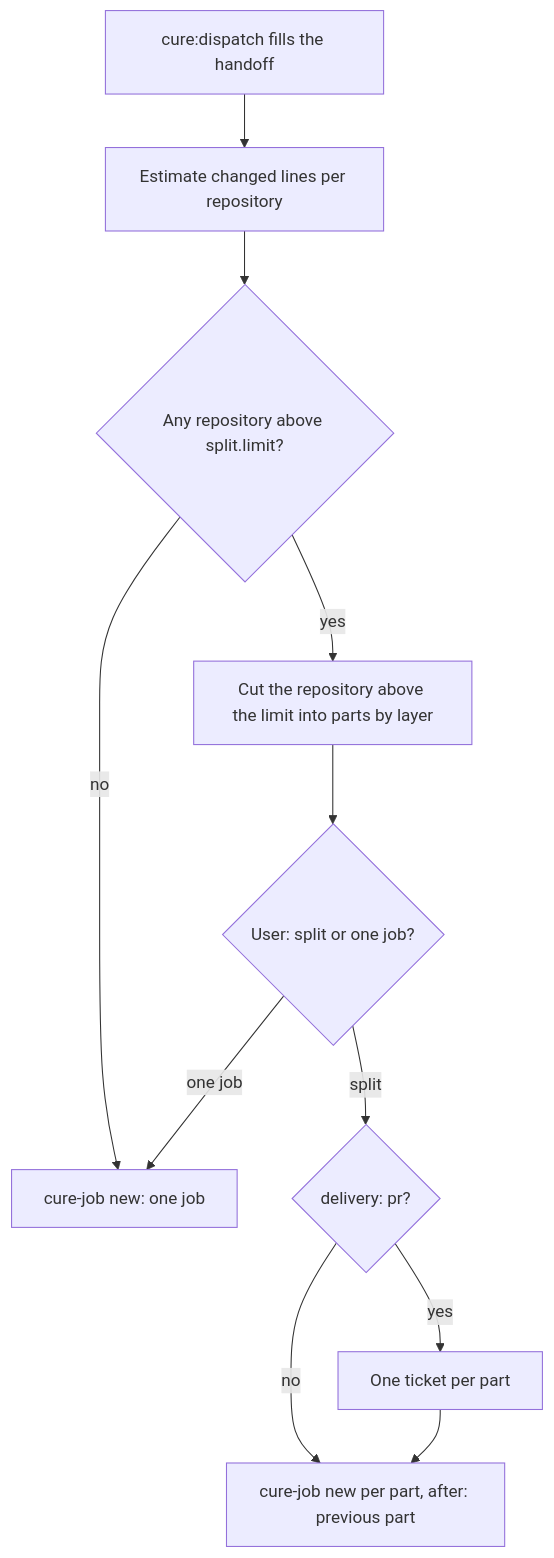
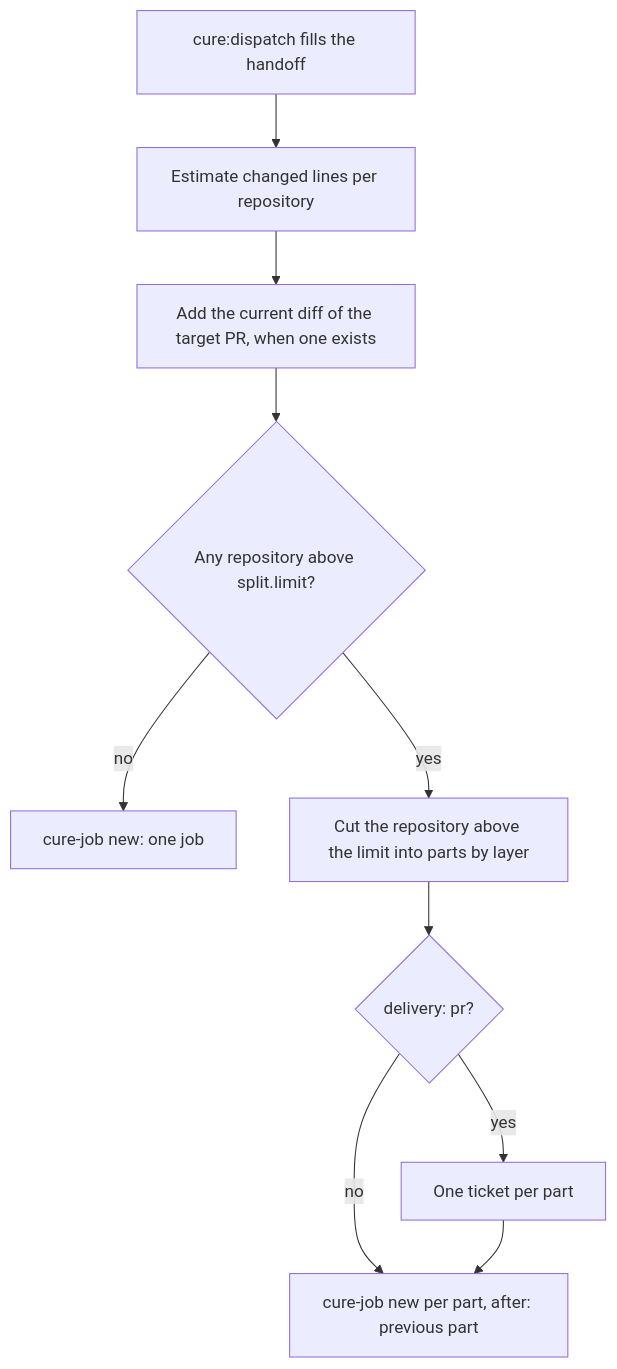
Before and after one commit to zagrichanskiy/claude-plugins: the third of 3 diagrams in docs/dispatcher-resource-scheduling.md, drawn with Mermaid. The commit also changed other lines of this file and 6 other files, not shown here.

````diff
--- a/docs/dispatcher-resource-scheduling.md
+++ b/docs/dispatcher-resource-scheduling.md
@@ -140,13 +140,12 @@
 ```mermaid
 flowchart TD
     A[cure:dispatch fills the handoff] --> B[Estimate changed lines per repository]
-    B --> C{Any repository above split.limit?}
+    B --> B2[Add the current diff of the target PR, when one exists]
+    B2 --> C{Any repository above split.limit?}
     C -- no --> D[cure-job new: one job]
     C -- yes --> E[Cut the repository above the limit into parts by layer]
-    E --> F{User: split or one job?}
-    F -- one job --> D
-    F -- split --> G{delivery: pr?}
+    E --> G{delivery: pr?}
     G -- yes --> H[One ticket per part]
     G -- no --> I[cure-job new per part, after: previous part]
     H --> I
 ```
````
